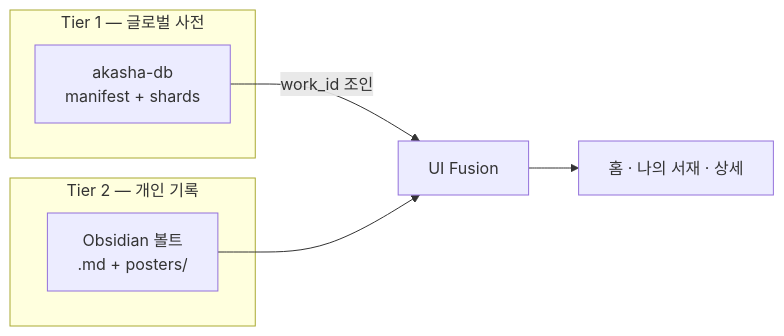
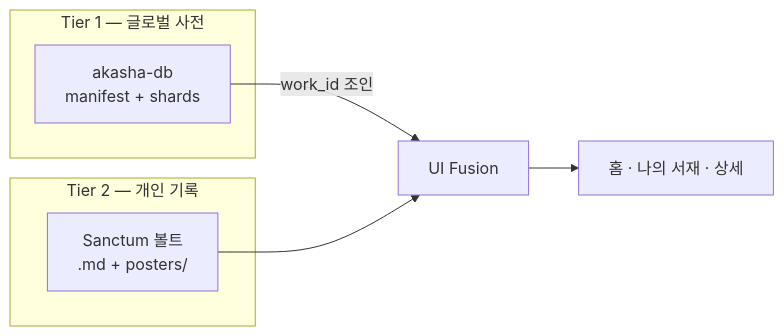
The diagram in README.md (AIRA1346/akasha), drawn with Mermaid before and after one commit. The commit also changed other lines of this file and 23 other files, not shown here.

First line of the commit message:
Sprint 05: 서재 테마 통합, scale probe 숨김, Sanctum vault 리브랜딩.

````diff
--- a/README.md
+++ b/README.md
@@ -107,12 +107,12 @@
 ```mermaid
 flowchart LR
     subgraph Tier1["Tier 1 — 글로벌 사전"]
         DB["akasha-db<br/>manifest + shards"]
     end
     subgraph Tier2["Tier 2 — 개인 기록"]
-        Vault["Obsidian 볼트<br/>.md + posters/"]
+        Vault["Sanctum 볼트<br/>.md + posters/"]
     end
     DB -->|work_id 조인| Fusion["UI Fusion"]
     Vault --> Fusion
     Fusion --> UI["홈 · 나의 서재 · 상세"]
 ```
````
